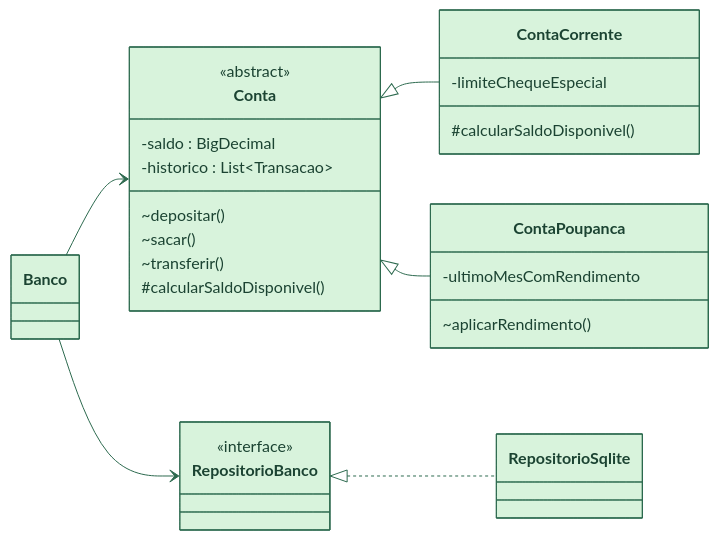
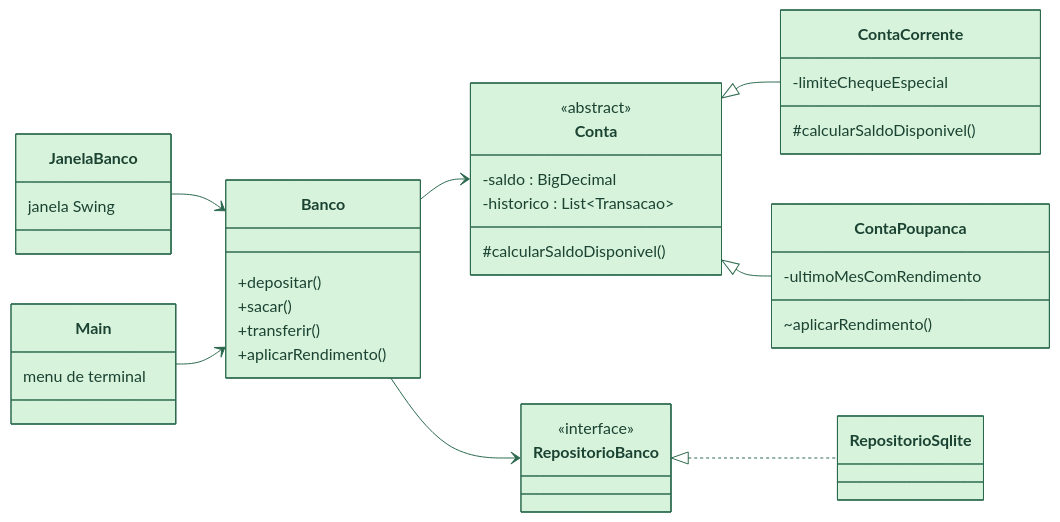
One commit to Amandadamata/sistema-bancario-java changed the diagram in README.pt-BR.md. Above: the diagram before and after it, drawn with Mermaid. The commit also changed other lines of this file and 13 other files, not shown here.

````diff
--- a/README.pt-BR.md
+++ b/README.pt-BR.md
@@ -53,30 +68,41 @@
 ```mermaid
 %%{init: {'theme':'base','themeVariables':{'primaryColor':'#D8F3DC','primaryTextColor':'#1B4332','primaryBorderColor':'#2D6A4F','lineColor':'#2D6A4F','secondaryColor':'#A8D5BA','tertiaryColor':'#FFFFFF'}}}%%
 classDiagram
     direction LR
+    class JanelaBanco {
+      janela Swing
+    }
+    class Main {
+      menu de terminal
+    }
+    class Banco {
+      +depositar()
+      +sacar()
+      +transferir()
+      +aplicarRendimento()
+    }
     class Conta {
       <<abstract>>
       -saldo : BigDecimal
       -historico : List~Transacao~
-      ~depositar()
-      ~sacar()
-      ~transferir()
       #calcularSaldoDisponivel()
     }
     class ContaCorrente {
       -limiteChequeEspecial
       #calcularSaldoDisponivel()
     }
     class ContaPoupanca {
       -ultimoMesComRendimento
       ~aplicarRendimento()
     }
     class RepositorioBanco {
       <<interface>>
     }
+    JanelaBanco --> Banco
+    Main --> Banco
+    Banco --> Conta
     Conta <|-- ContaCorrente
     Conta <|-- ContaPoupanca
-    Banco --> Conta
     Banco --> RepositorioBanco
     RepositorioBanco <|.. RepositorioSqlite
 ```
````
